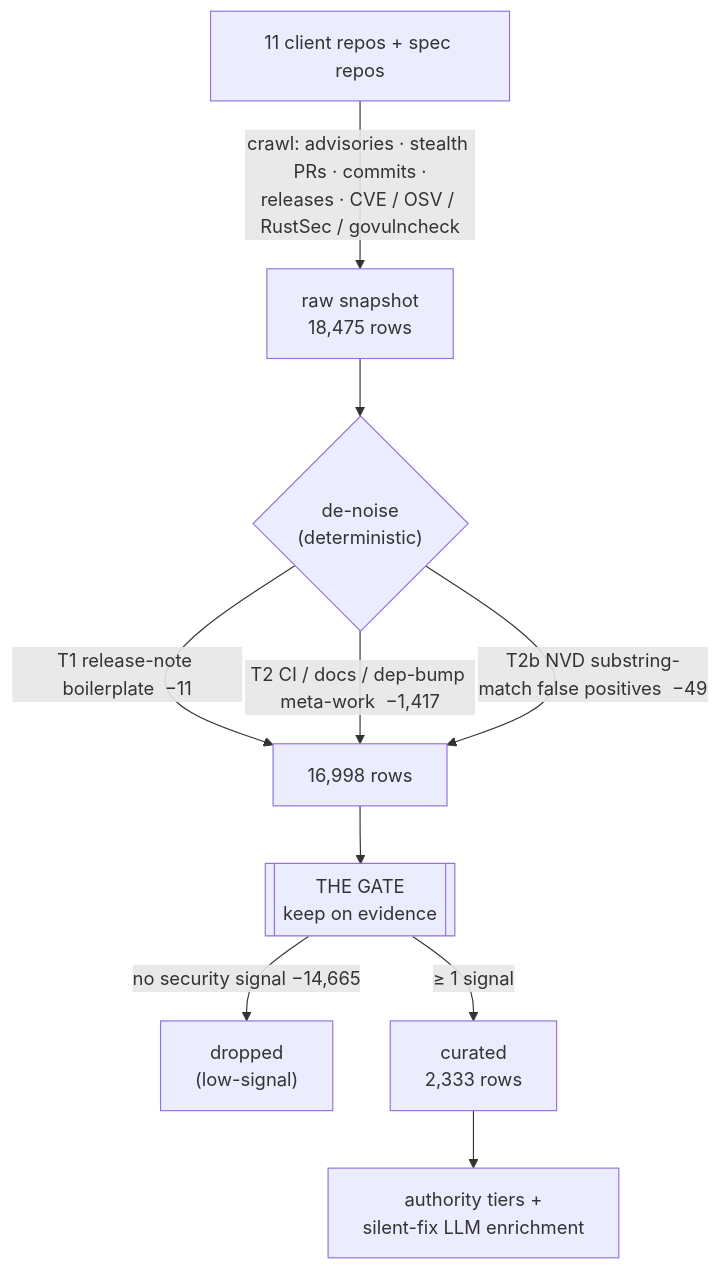
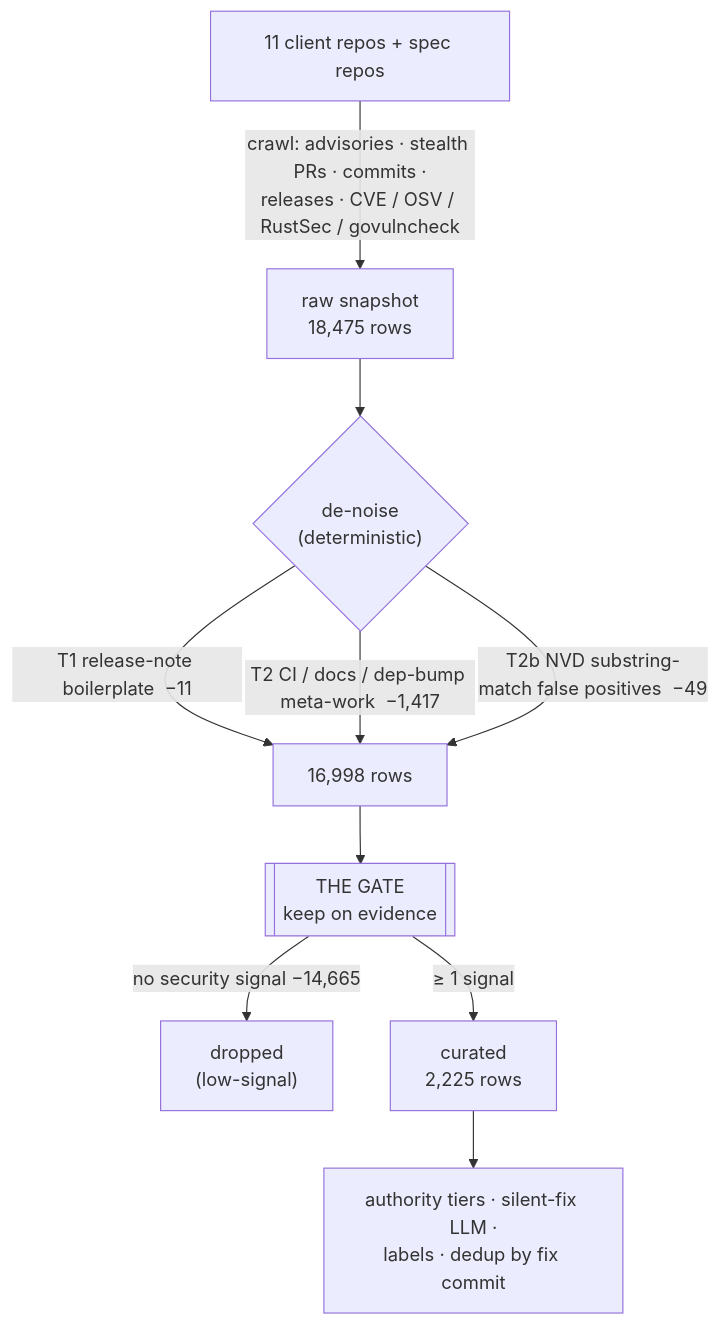
Before and after one commit to NyxFoundation/ethereum-vuln-dataset: the first of 2 diagrams in README.md, drawn with Mermaid. The commit also changed other lines of this file and 6 other files, not shown here.

First line of the commit message:
fix: de-duplicate rows resolving to the same fix commit (within a client)

````diff
--- a/README.md
+++ b/README.md
@@ -43,12 +42,12 @@
 ```mermaid
 flowchart TD
     A["11 client repos + spec repos"] -->|"crawl: advisories · stealth PRs · commits ·<br/>releases · CVE / OSV / RustSec / govulncheck"| B["raw snapshot<br/>18,475 rows"]
     B --> N{"de-noise<br/>(deterministic)"}
     N -->|"T1 release-note boilerplate  −11"| D["16,998 rows"]
     N -->|"T2 CI / docs / dep-bump meta-work  −1,417"| D
     N -->|"T2b NVD substring-match false positives  −49"| D
     D --> G[["THE GATE<br/>keep on evidence"]]
     G -->|"no security signal  −14,665"| X["dropped<br/>(low-signal)"]
-    G -->|"≥ 1 signal"| K["curated<br/>2,333 rows"]
-    K --> T["authority tiers +<br/>silent-fix LLM enrichment"]
+    G -->|"≥ 1 signal"| K["curated<br/>2,225 rows"]
+    K --> T["authority tiers · silent-fix LLM ·<br/>labels · dedup by fix commit"]
 ```
````
